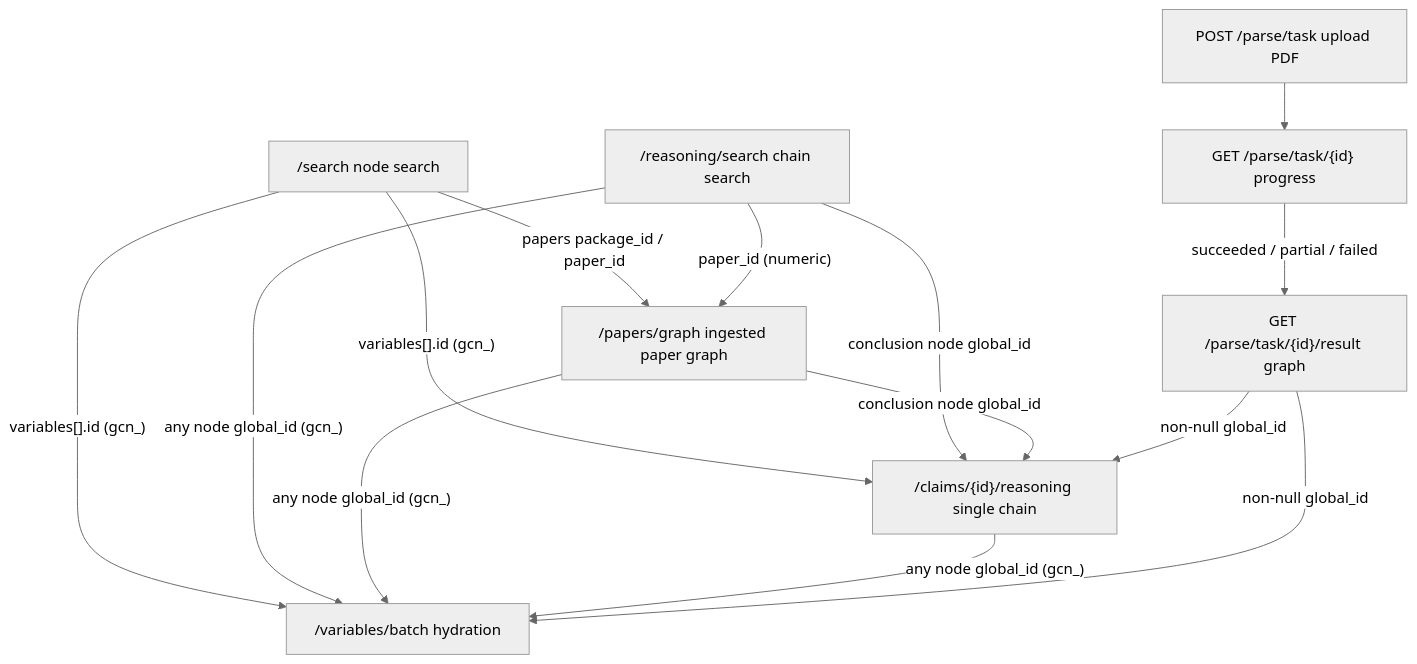
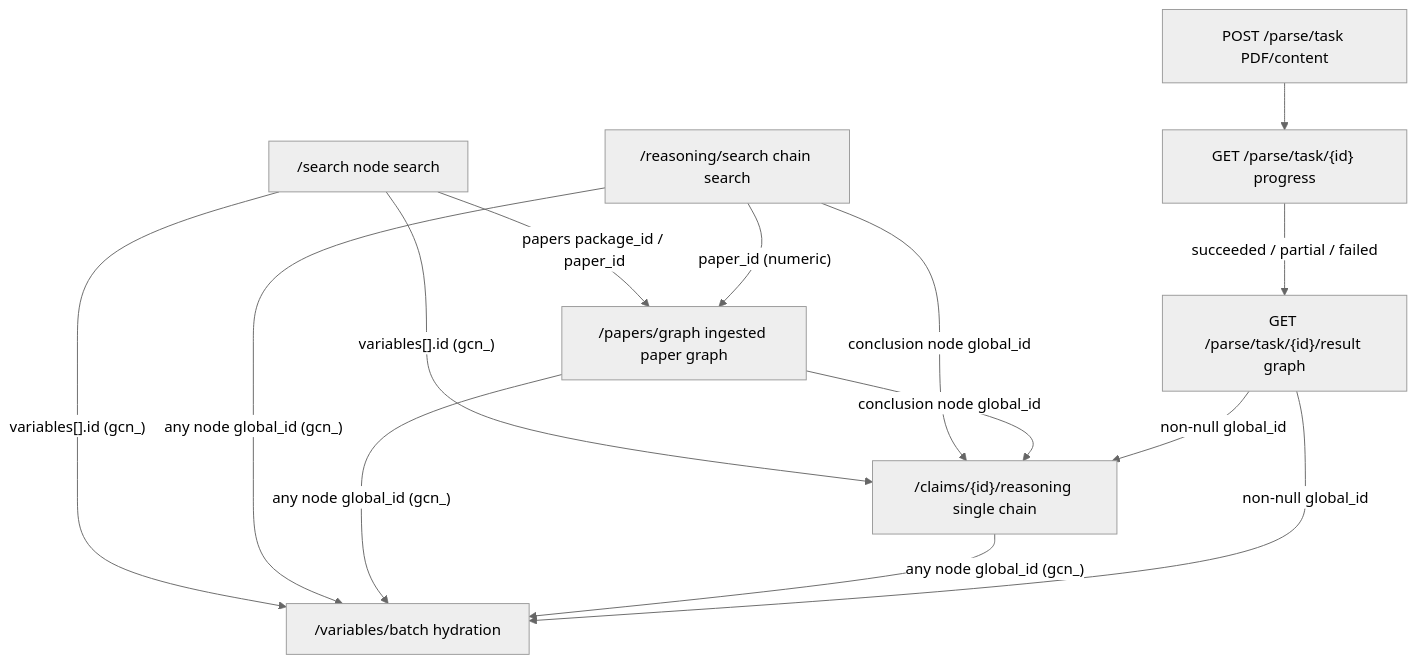
The diagram in en/bohrium-lkm/SKILL.md (dptech-corp/bohrium-skills), drawn with Mermaid (neutral theme) before and after one commit. The commit also changed other lines of this file and 5 other files, not shown here.

First line of the commit message:
docs(lkm): accept PDF and/or parser markdown on parse

````diff
--- a/en/bohrium-lkm/SKILL.md
+++ b/en/bohrium-lkm/SKILL.md
@@ -57,25 +57,25 @@
 ```mermaid
 flowchart TD
     search["/search node search"]
     rsearch["/reasoning/search chain search"]
     pgraph["/papers/graph ingested paper graph"]
     creason["/claims/{id}/reasoning single chain"]
     batch["/variables/batch hydration"]
-    parse["POST /parse/task upload PDF"]
+    parse["POST /parse/task PDF/content"]
     pstatus["GET /parse/task/{id} progress"]
     presult["GET /parse/task/{id}/result graph"]
 
     search -->|"variables[].id (gcn_)"| creason
     search -->|"variables[].id (gcn_)"| batch
     search -->|"papers package_id / paper_id"| pgraph
     rsearch -->|"conclusion node global_id"| creason
     rsearch -->|"any node global_id (gcn_)"| batch
     rsearch -->|"paper_id (numeric)"| pgraph
     pgraph -->|"conclusion node global_id"| creason
     pgraph -->|"any node global_id (gcn_)"| batch
     creason -->|"any node global_id (gcn_)"| batch
     parse --> pstatus
     pstatus -->|"succeeded / partial / failed"| presult
     presult -->|"non-null global_id"| creason
     presult -->|"non-null global_id"| batch
 ```
````
